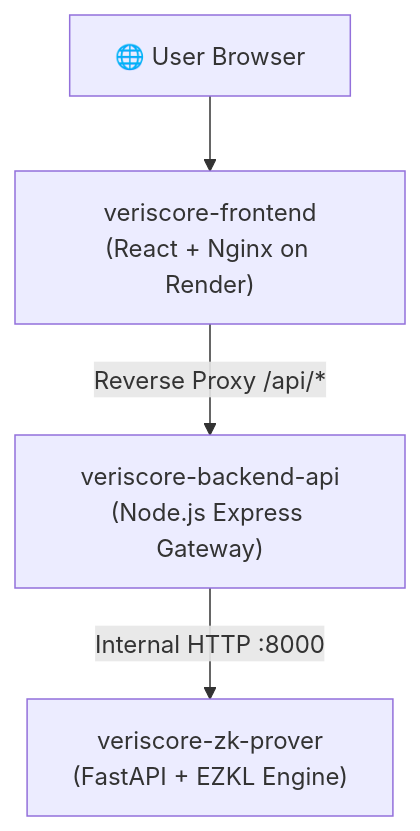
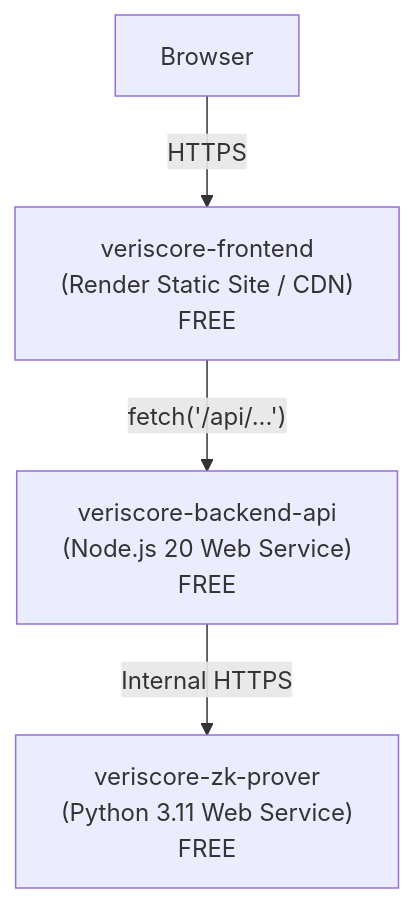
The diagram in docs/render-deployment-guide.md (Hritikadas/veriscore), drawn with Mermaid before and after one commit. The commit also changed other lines of this file and 2 other files, not shown here.

Commit message:
feat(render): free tier Blueprint with native runtimes (no Docker)

````diff
--- a/docs/render-deployment-guide.md
+++ b/docs/render-deployment-guide.md
@@ -9,6 +9,6 @@
 ```mermaid
 flowchart TD
-    Client["🌐 User Browser"] --> Frontend["veriscore-frontend<br/>(React + Nginx on Render)"]
-    Frontend -- "Reverse Proxy /api/*" --> Backend["veriscore-backend-api<br/>(Node.js Express Gateway)"]
-    Backend -- "Internal HTTP :8000" --> Prover["veriscore-zk-prover<br/>(FastAPI + EZKL Engine)"]
+    Client["Browser"] -->|HTTPS| Frontend["veriscore-frontend\n(Render Static Site / CDN)\nFREE"]
+    Frontend -->|"fetch('/api/...')"| Backend["veriscore-backend-api\n(Node.js 20 Web Service)\nFREE"]
+    Backend -->|"Internal HTTPS"| Prover["veriscore-zk-prover\n(Python 3.11 Web Service)\nFREE"]
 ```
````
